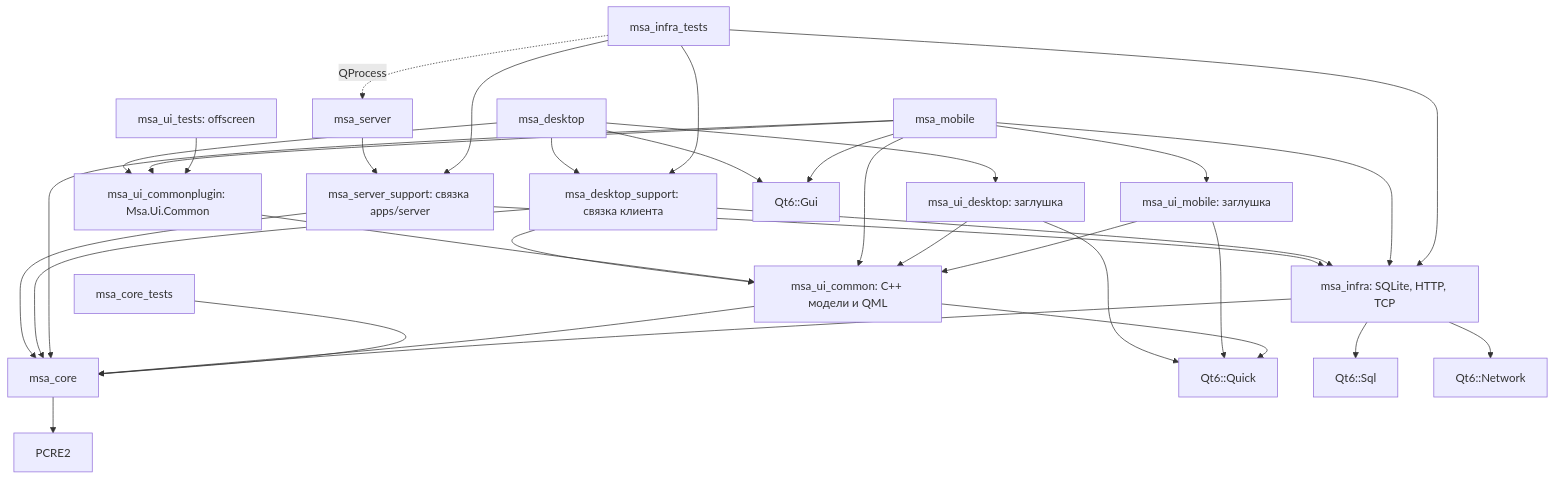
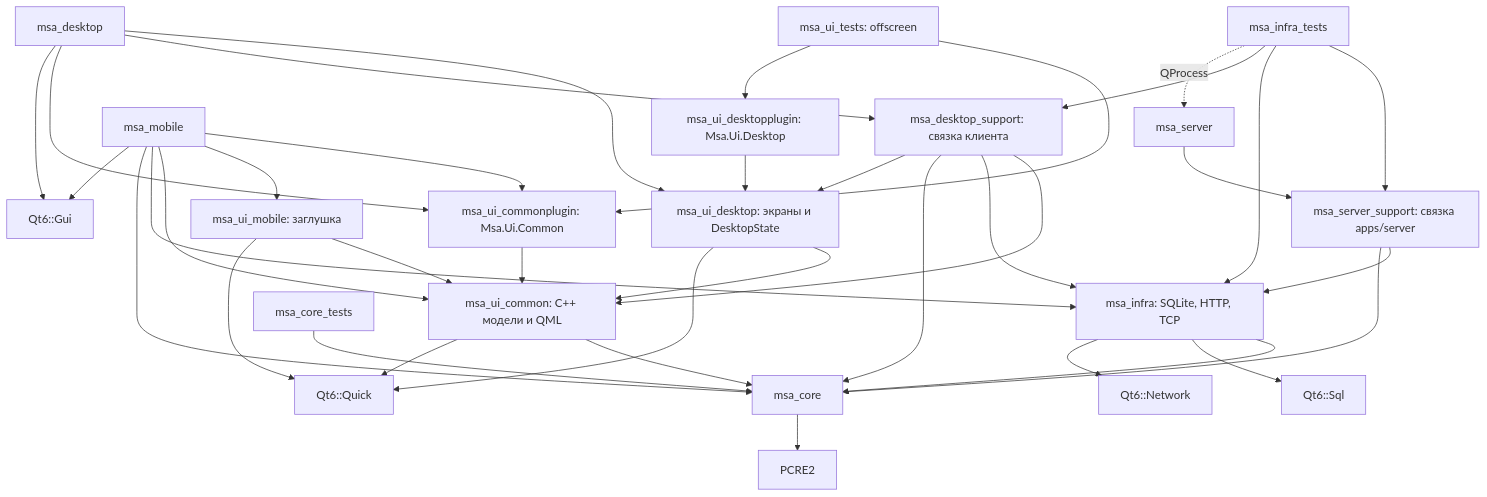
One commit to TasFoma/MySuperAssistant changed the first of 2 diagrams in docs/architecture.md. Above: the diagram before and after it, drawn with Mermaid. The commit also changed other lines of this file and 35 other files, not shown here.

````diff
--- a/docs/architecture.md
+++ b/docs/architecture.md
@@ -48,36 +48,39 @@
 ```mermaid
 flowchart TD
     server[msa_server] --> support[msa_server_support: связка apps/server]
     support --> infra[msa_infra: SQLite, HTTP, TCP]
     support --> core[msa_core]
-    desktop[msa_desktop] --> desktopUI[msa_ui_desktop: заглушка]
+    desktop[msa_desktop] --> desktopUI[msa_ui_desktop: экраны и DesktopState]
     desktop --> desktopSupport[msa_desktop_support: связка клиента]
     desktopSupport --> common[msa_ui_common: C++ модели и QML]
     desktop --> plugin[msa_ui_commonplugin: Msa.Ui.Common]
     mobile --> plugin
     plugin --> common
     desktopSupport --> infra
     desktopSupport --> core
+    desktopSupport --> desktopUI
     desktop --> gui[Qt6::Gui]
     mobile[msa_mobile] --> mobileUI[msa_ui_mobile: заглушка]
     mobile --> common
     mobile --> infra
     mobile --> core
     mobile --> gui
     desktopUI --> common
     desktopUI --> quick[Qt6::Quick]
     mobileUI --> common
     mobileUI --> quick
     common --> core
     common --> quick
     infra --> core
     infra --> sql[Qt6::Sql]
     infra --> network[Qt6::Network]
     core --> pcre[PCRE2]
     coreTests[msa_core_tests] --> core
     infraTests[msa_infra_tests] --> support
     infraTests --> infra
     infraTests --> desktopSupport
     uiTests[msa_ui_tests: offscreen] --> plugin
+    uiTests --> desktopPlugin[msa_ui_desktopplugin: Msa.Ui.Desktop]
+    desktopPlugin --> desktopUI
     infraTests -. QProcess .-> server
 ```
````
